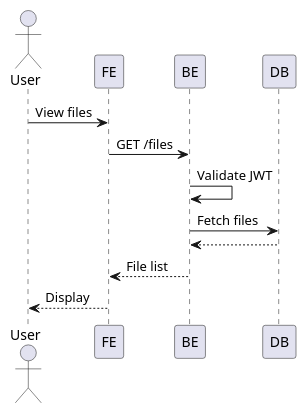
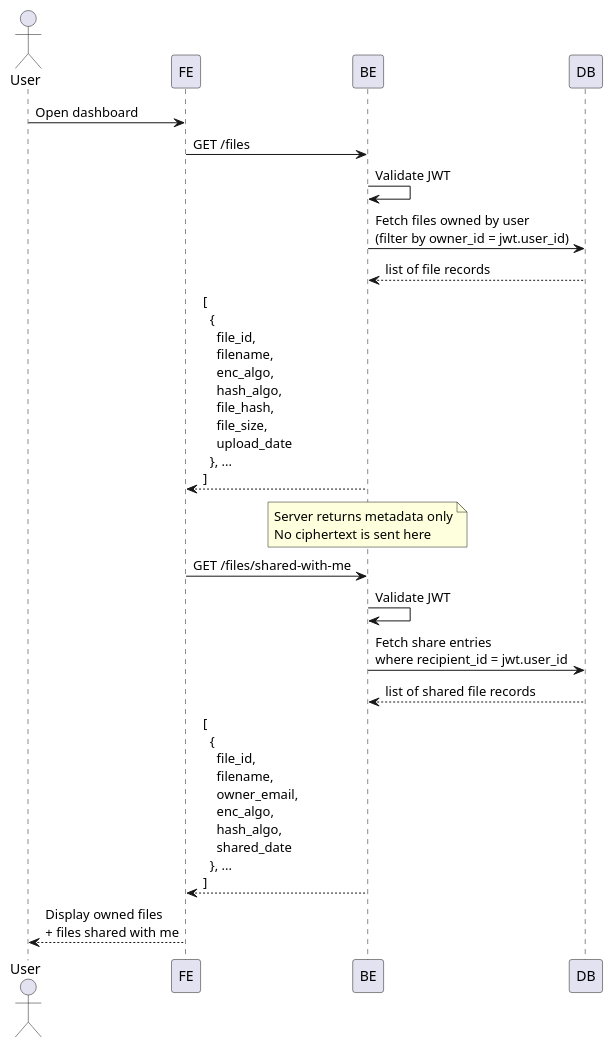
One commit to codedsami/SOEN-321-Project changed the diagram in docs/plantuml/us-3-file-system.puml. Above: the diagram before and after it, drawn with PlantUML. The commit also changed 9 other files, not shown here.

```diff
--- a/docs/plantuml/us-3-file-system.puml
+++ b/docs/plantuml/us-3-file-system.puml
@@ -1,17 +1,24 @@
 @startuml
 actor User
 participant FE
 participant BE
 participant DB
 
-User -> FE : View files
+User -> FE : Open dashboard
+
 FE -> BE : GET /files
+BE -> BE : Validate JWT
+BE -> DB : Fetch files owned by user\n(filter by owner_id = jwt.user_id)
+DB --> BE : list of file records
+BE --> FE : [\n  {\n    file_id,\n    filename,\n    enc_algo,\n    hash_algo,\n    file_hash,\n    file_size,\n    upload_date\n  }, ...\n]
 
+note over BE : Server returns metadata only\nNo ciphertext is sent here
+
+FE -> BE : GET /files/shared-with-me
 BE -> BE : Validate JWT
-BE -> DB : Fetch files
-DB --> BE
+BE -> DB : Fetch share entries\nwhere recipient_id = jwt.user_id
+DB --> BE : list of shared file records
+BE --> FE : [\n  {\n    file_id,\n    filename,\n    owner_email,\n    enc_algo,\n    hash_algo,\n    shared_date\n  }, ...\n]
 
-BE --> FE : File list
-FE --> User : Display
-
+FE --> User : Display owned files\n+ files shared with me
 @enduml
```
